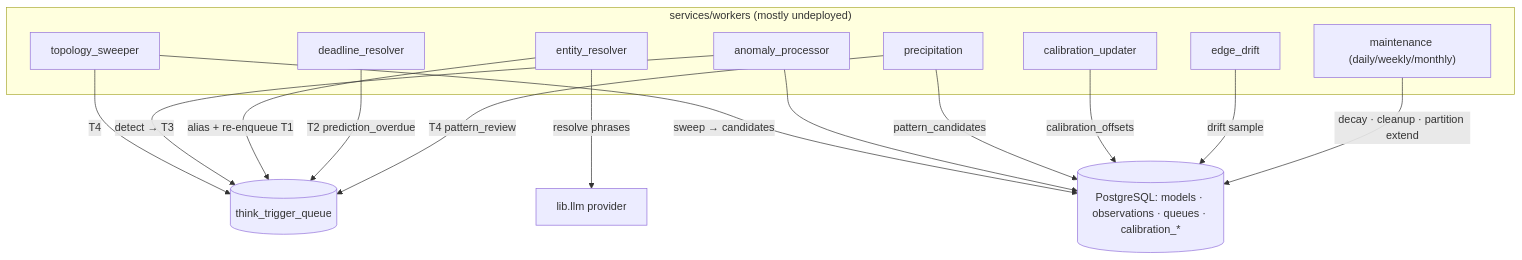
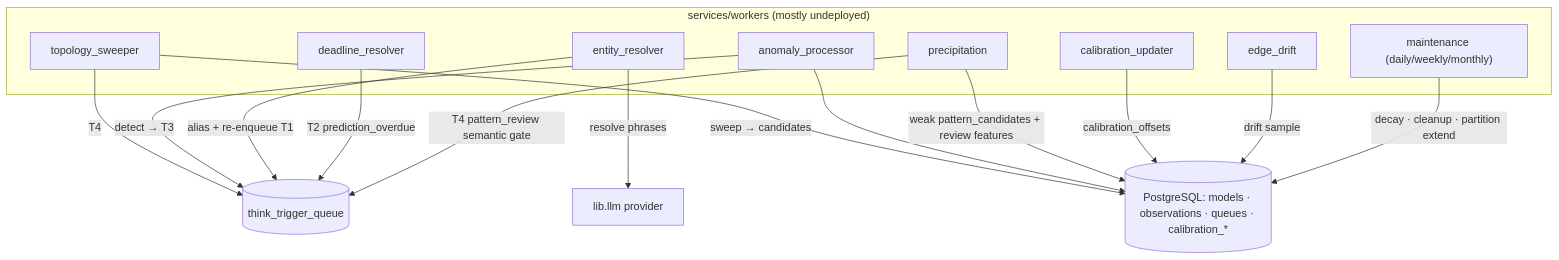
One commit to Fyralisinc/fyraliscore changed the diagram in docs/architecture/workers.md. Above: the diagram before and after it, drawn with Mermaid. The commit also changed other lines of this file and 27 other files, not shown here.

````diff
--- a/docs/architecture/workers.md
+++ b/docs/architecture/workers.md
@@ -34,30 +34,30 @@
 ```mermaid
 graph TD
     subgraph workers["services/workers (mostly undeployed)"]
       SWEEP["topology_sweeper"]
       ANOM["anomaly_processor"]
       ENT["entity_resolver"]
       CAL["calibration_updater"]
       DL["deadline_resolver"]
       PREC["precipitation"]
       DRIFT["edge_drift"]
       MAINT["maintenance (daily/weekly/monthly)"]
     end
 
     PG[("PostgreSQL: models · observations · queues · calibration_*")]
     TTQ[("think_trigger_queue")]
     LLM["lib.llm provider"]
 
     SWEEP -->|"sweep → candidates"| PG
     SWEEP -->|"T4"| TTQ
     ANOM -->|"detect → T3"| TTQ
     ANOM --> PG
     ENT -->|"resolve phrases"| LLM
     ENT -->|"alias + re-enqueue T1"| TTQ
     DL -->|"T2 prediction_overdue"| TTQ
-    PREC -->|"pattern_candidates"| PG
-    PREC -->|"T4 pattern_review"| TTQ
+    PREC -->|"weak pattern_candidates + review features"| PG
+    PREC -->|"T4 pattern_review semantic gate"| TTQ
     CAL -->|"calibration_offsets"| PG
     DRIFT -->|"drift sample"| PG
     MAINT -->|"decay · cleanup · partition extend"| PG
 ```
````
